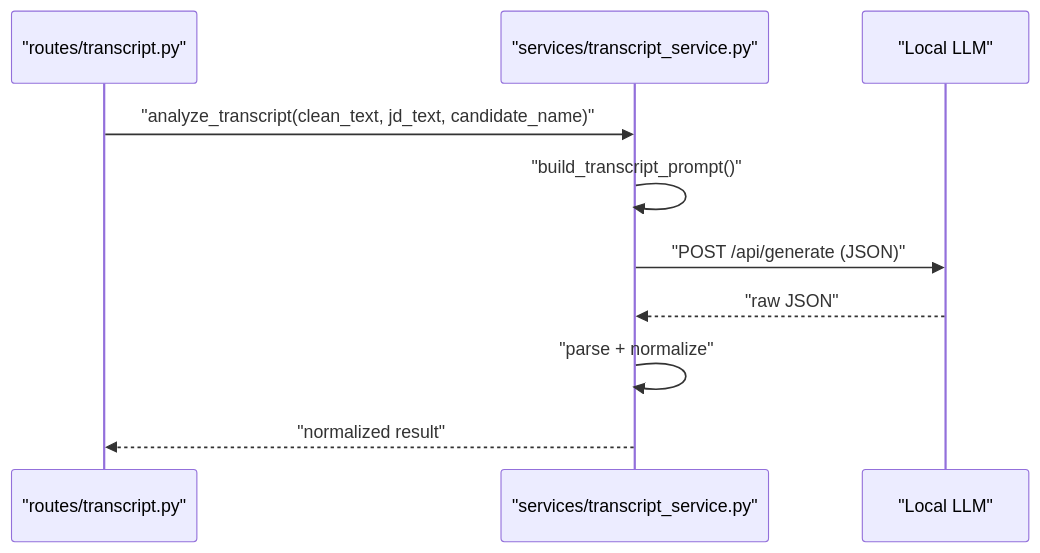
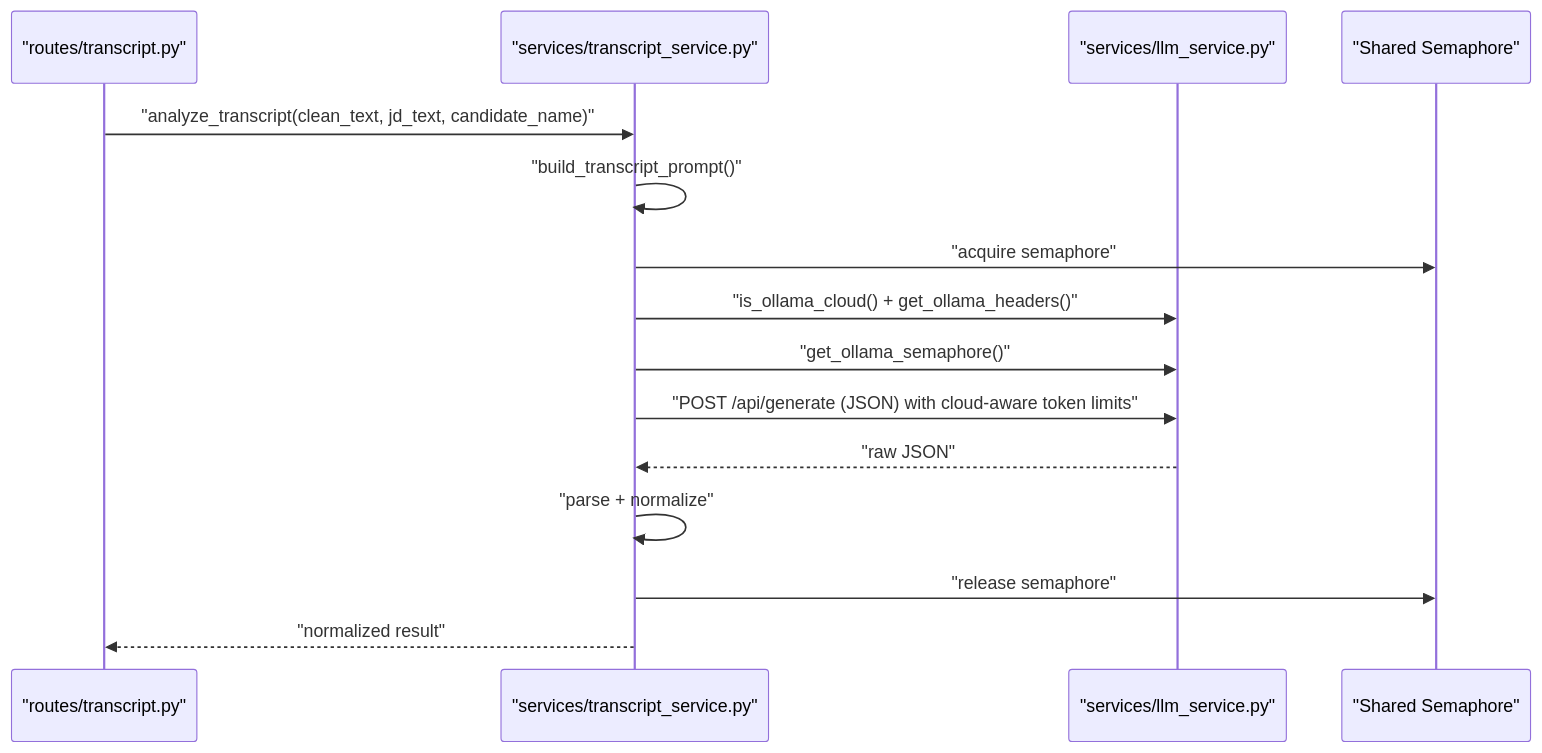
One commit to Revanththetalogics/aireume changed the fourth of 9 diagrams in .qoder/repowiki/en/content/Video Analysis/Transcript Generation.md. Above: the diagram before and after it, drawn with Mermaid. The commit also changed other lines of this file and 6 other files, not shown here.

First line of the commit message:
fix: increase cloud token limits to 4096/4000 to prevent truncation

````diff
--- a/.qoder/repowiki/en/content/Video Analysis/Transcript Generation.md
+++ b/.qoder/repowiki/en/content/Video Analysis/Transcript Generation.md
@@ -163,12 +200,17 @@
 ```mermaid
 sequenceDiagram
 participant RT as "routes/transcript.py"
 participant ST as "services/transcript_service.py"
-participant LLM as "Local LLM"
+participant LLM as "services/llm_service.py"
+participant SEM as "Shared Semaphore"
 RT->>ST : "analyze_transcript(clean_text, jd_text, candidate_name)"
 ST->>ST : "build_transcript_prompt()"
-ST->>LLM : "POST /api/generate (JSON)"
+ST->>SEM : "acquire semaphore"
+ST->>LLM : "is_ollama_cloud() + get_ollama_headers()"
+ST->>LLM : "get_ollama_semaphore()"
+ST->>LLM : "POST /api/generate (JSON) with cloud-aware token limits"
 LLM-->>ST : "raw JSON"
 ST->>ST : "parse + normalize"
+ST->>SEM : "release semaphore"
 ST-->>RT : "normalized result"
 ```
````
